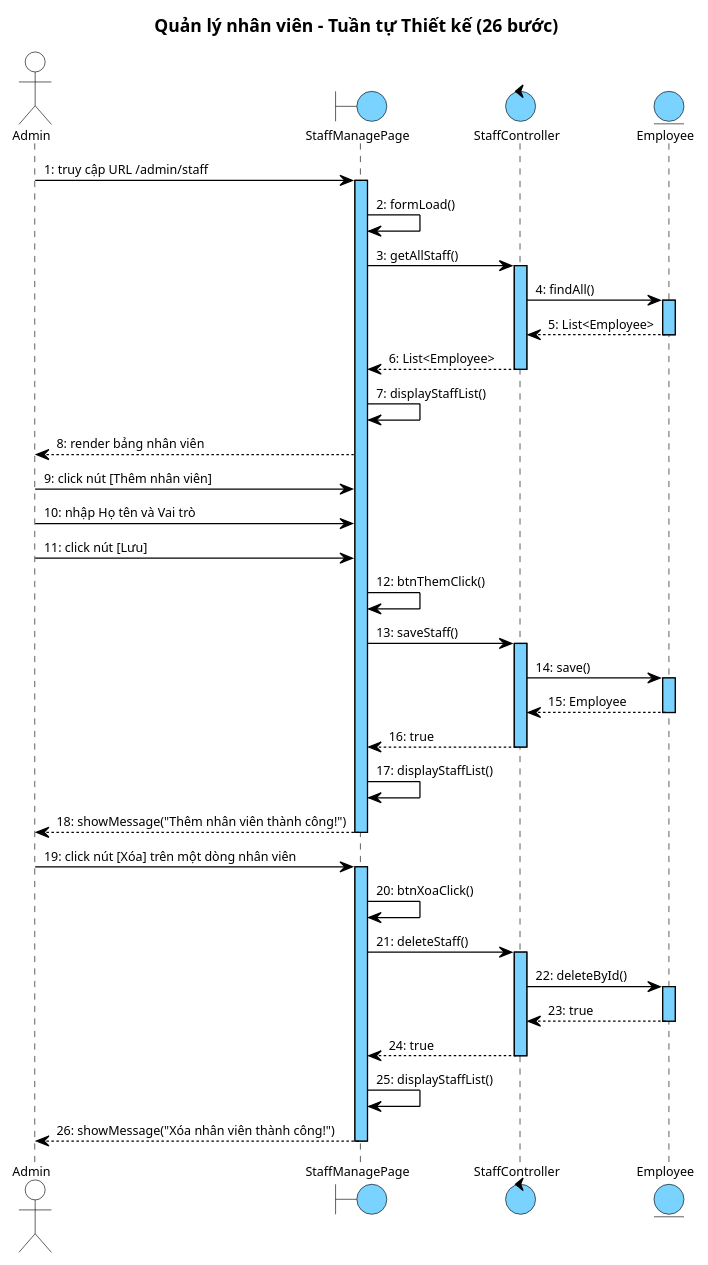
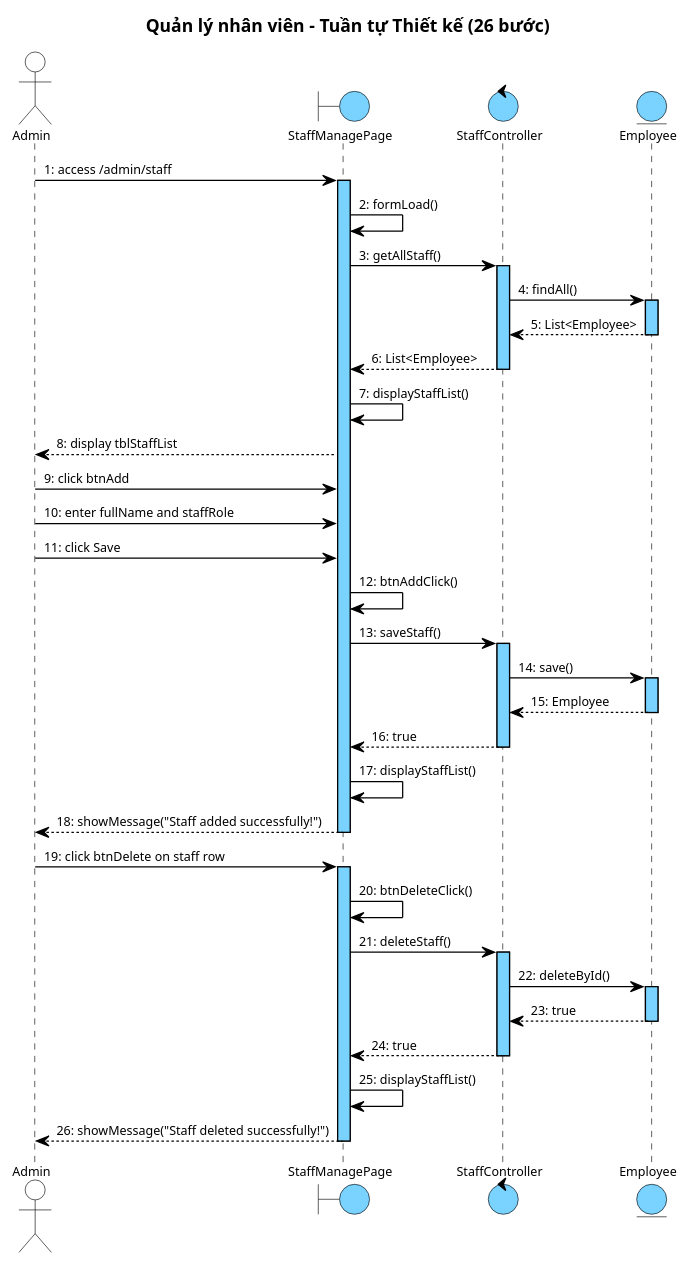
One commit to thanhtrnnn/cnpm changed the eighth of 8 diagrams in docs/tabs/account/iii-design.md. Above: the diagram before and after it, drawn with PlantUML. The commit also changed other lines of this file and 3 other files, not shown here.

First line of the commit message:
fix: PlantUML arrow labels → English; section II.4 scenarios use bullets

````diff
--- a/docs/tabs/account/iii-design.md
+++ b/docs/tabs/account/iii-design.md
@@ -1108,7 +1108,7 @@
 control StaffController as C1
 entity Employee as E1
 
-Admin -> B1 : 1: truy cập URL /admin/staff
+Admin -> B1 : 1: access /admin/staff
 activate B1
 B1 -> B1 : 2: formLoad()
 B1 -> C1 : 3: getAllStaff()
@@ -1120,12 +1120,12 @@
 C1 --> B1 : 6: List<Employee>
 deactivate C1
 B1 -> B1 : 7: displayStaffList()
-B1 --> Admin : 8: render bảng nhân viên
+B1 --> Admin : 8: display tblStaffList
 
-Admin -> B1 : 9: click nút [Thêm nhân viên]
-Admin -> B1 : 10: nhập Họ tên và Vai trò
-Admin -> B1 : 11: click nút [Lưu]
-B1 -> B1 : 12: btnThemClick()
+Admin -> B1 : 9: click btnAdd
+Admin -> B1 : 10: enter fullName and staffRole
+Admin -> B1 : 11: click Save
+B1 -> B1 : 12: btnAddClick()
 B1 -> C1 : 13: saveStaff()
 activate C1
 C1 -> E1 : 14: save()
@@ -1135,12 +1135,12 @@
 C1 --> B1 : 16: true
 deactivate C1
 B1 -> B1 : 17: displayStaffList()
-B1 --> Admin : 18: showMessage("Thêm nhân viên thành công!")
+B1 --> Admin : 18: showMessage("Staff added successfully!")
 deactivate B1
 
-Admin -> B1 : 19: click nút [Xóa] trên một dòng nhân viên
+Admin -> B1 : 19: click btnDelete on staff row
 activate B1
-B1 -> B1 : 20: btnXoaClick()
+B1 -> B1 : 20: btnDeleteClick()
 B1 -> C1 : 21: deleteStaff()
 activate C1
 C1 -> E1 : 22: deleteById()
@@ -1150,7 +1150,7 @@
 C1 --> B1 : 24: true
 deactivate C1
 B1 -> B1 : 25: displayStaffList()
-B1 --> Admin : 26: showMessage("Xóa nhân viên thành công!")
+B1 --> Admin : 26: showMessage("Staff deleted successfully!")
 deactivate B1
 @enduml
 ```
````
